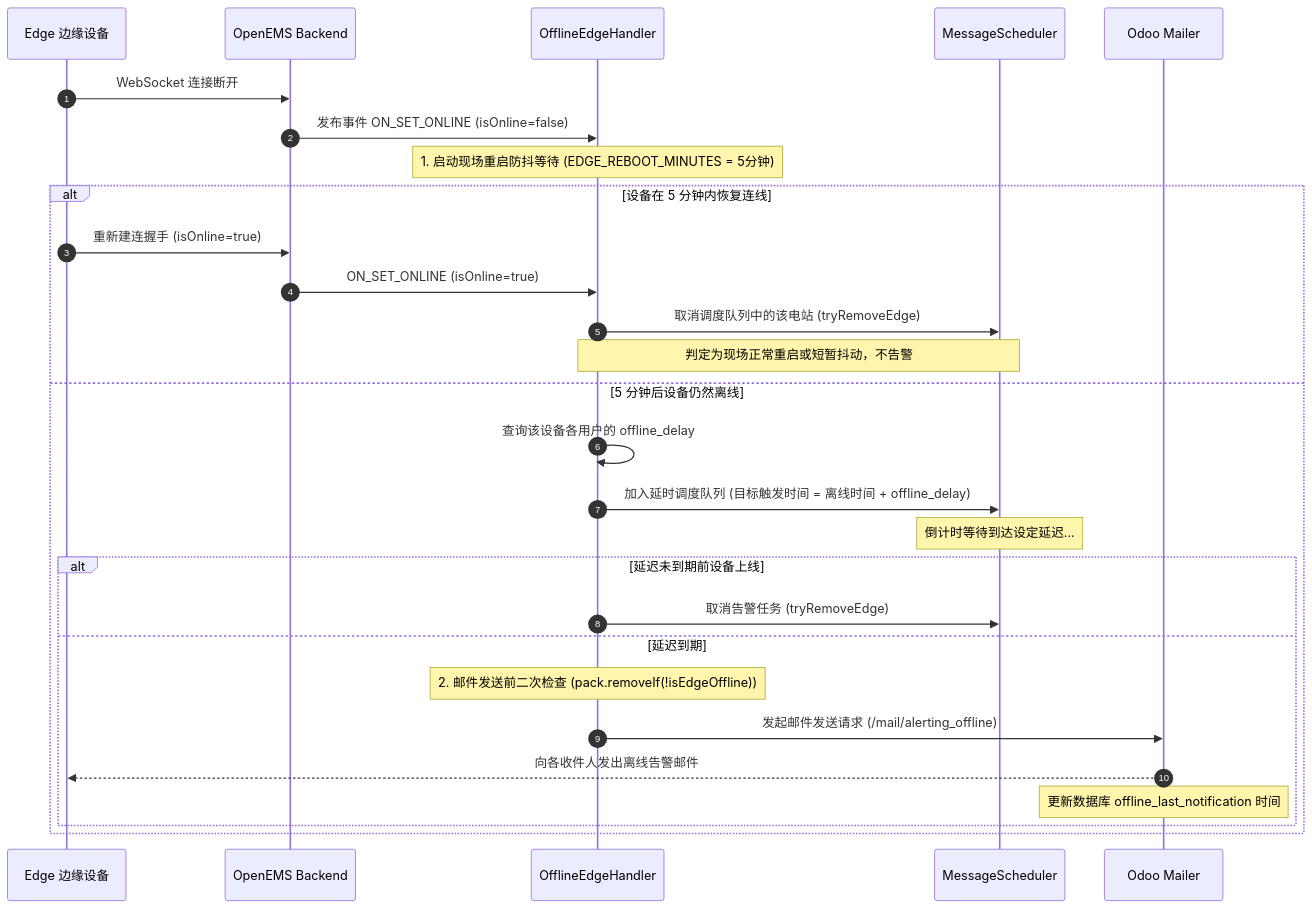
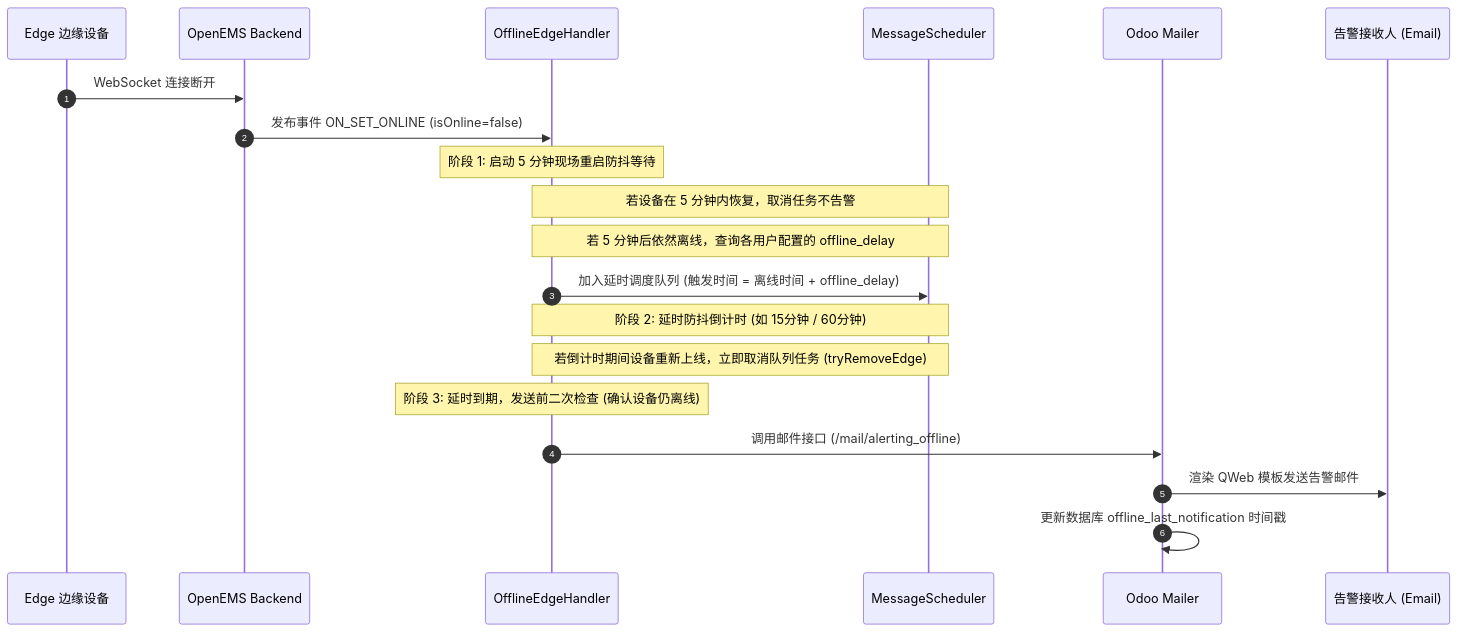
The second of 2 diagrams in docs/alerting_configuration_and_architecture.md (duanshuaimin/openems), drawn with Mermaid before and after one commit. The commit also changed other lines of this file, not shown here.

Commit message:
docs: fix mermaid subgraph link and sequence diagram compatibility

````diff
--- a/docs/alerting_configuration_and_architecture.md
+++ b/docs/alerting_configuration_and_architecture.md
@@ -131,31 +133,26 @@
 ```mermaid
 sequenceDiagram
     autonumber
     participant Edge as Edge 边缘设备
     participant Backend as OpenEMS Backend
     participant Handler as OfflineEdgeHandler
     participant Sched as MessageScheduler
     participant Odoo as Odoo Mailer
+    participant User as 告警接收人 (Email)
 
     Edge->>Backend: WebSocket 连接断开
     Backend->>Handler: 发布事件 ON_SET_ONLINE (isOnline=false)
-    Note over Handler: 1. 启动现场重启防抖等待 (EDGE_REBOOT_MINUTES = 5分钟)
-    alt 设备在 5 分钟内恢复连线
-        Edge->>Backend: 重新建连握手 (isOnline=true)
-        Backend->>Handler: ON_SET_ONLINE (isOnline=true)
-        Handler->>Sched: 取消调度队列中的该电站 (tryRemoveEdge)
-        Note over Handler,Sched: 判定为现场正常重启或短暂抖动，不告警
-    else 5 分钟后设备仍然离线
-        Handler->>Handler: 查询该设备各用户的 offline_delay
-        Handler->>Sched: 加入延时调度队列 (目标触发时间 = 离线时间 + offline_delay)
-        Note over Sched: 倒计时等待到达设定延迟...
-        alt 延迟未到期前设备上线
-            Handler->>Sched: 取消告警任务 (tryRemoveEdge)
-        else 延迟到期
-            Note over Handler: 2. 邮件发送前二次检查 (pack.removeIf(!isEdgeOffline))
-            Handler->>Odoo: 发起邮件发送请求 (/mail/alerting_offline)
-            Odoo-->>Edge: 向各收件人发出离线告警邮件
-            Note over Odoo: 更新数据库 offline_last_notification 时间
-        end
-    end
+    Note over Handler: 阶段 1: 启动 5 分钟现场重启防抖等待
+
+    Note over Handler,Sched: 若设备在 5 分钟内恢复，取消任务不告警
+    Note over Handler,Sched: 若 5 分钟后依然离线，查询各用户配置的 offline_delay
+    Handler->>Sched: 加入延时调度队列 (触发时间 = 离线时间 + offline_delay)
+
+    Note over Sched,Handler: 阶段 2: 延时防抖倒计时 (如 15分钟 / 60分钟)
+    Note over Sched,Handler: 若倒计时期间设备重新上线，立即取消队列任务 (tryRemoveEdge)
+
+    Note over Handler: 阶段 3: 延时到期，发送前二次检查 (确认设备仍离线)
+    Handler->>Odoo: 调用邮件接口 (/mail/alerting_offline)
+    Odoo->>User: 渲染 QWeb 模板发送告警邮件
+    Odoo->>Odoo: 更新数据库 offline_last_notification 时间戳
 ```
````
